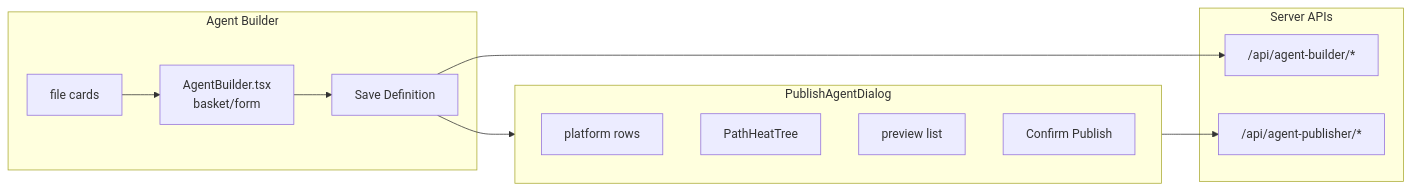
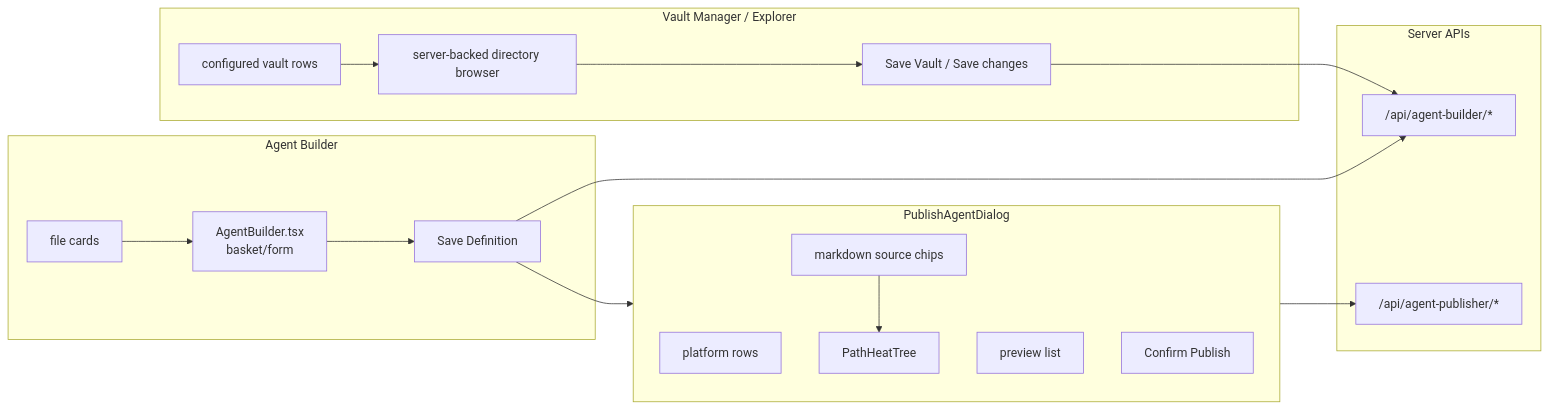
Before and after one commit to Kyliathy/context-core: the first of 3 diagrams in visualizer/zz-reach2/architecture/agents/archi-agent-builder-ui.md, drawn with Mermaid. The commit also changed other lines of this file and 69 other files, not shown here.

First line of the commit message:
feat(agent-publisher): improve Vault Explorer UX and expand publisher workflow

````diff
--- a/visualizer/zz-reach2/architecture/agents/archi-agent-builder-ui.md
+++ b/visualizer/zz-reach2/architecture/agents/archi-agent-builder-ui.md
@@ -21,24 +23,33 @@
 ```mermaid
 flowchart LR
     subgraph BuilderUI["Agent Builder"]
         Cards["file cards"]
         Basket["AgentBuilder.tsx<br/>basket/form"]
         Save["Save Definition"]
     end
 
     subgraph PublisherUI["PublishAgentDialog"]
         Platforms["platform rows"]
+        Sources["markdown source chips"]
         Heat["PathHeatTree"]
         Preview["preview list"]
         Confirm["Confirm Publish"]
+    end
+
+    subgraph VaultUI["Vault Manager / Explorer"]
+        Inventory["configured vault rows"]
+        Browse["server-backed directory browser"]
+        Persist["Save Vault / Save changes"]
     end
 
     subgraph APIs["Server APIs"]
         AB["/api/agent-builder/*"]
         AP["/api/agent-publisher/*"]
     end
 
     Cards --> Basket --> Save --> AB
     Save --> PublisherUI
+    Sources --> Heat
     PublisherUI --> AP
+    Inventory --> Browse --> Persist --> AB
 ```
````
